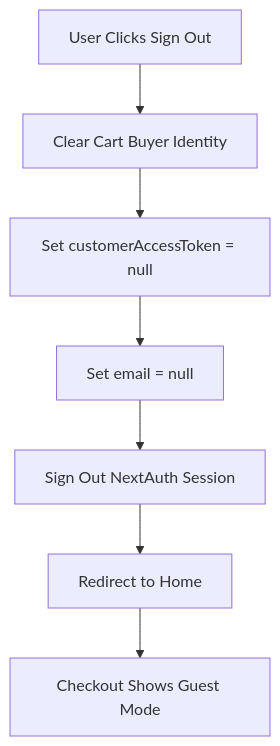
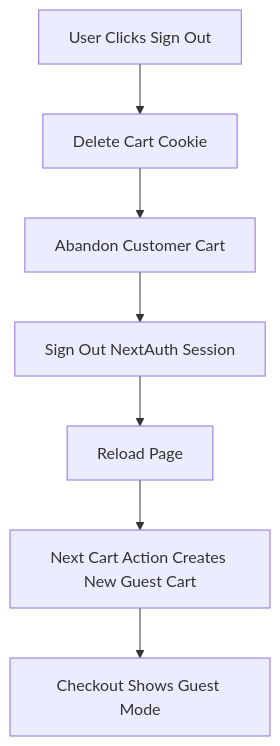
The second of 2 diagrams in ADDRESS_AND_SIGNOUT_FIXES.md (STKYFNGRS/Dude.Box), drawn with Mermaid before and after one commit. The commit also changed other lines of this file and 3 other files, not shown here.

````diff
--- a/ADDRESS_AND_SIGNOUT_FIXES.md
+++ b/ADDRESS_AND_SIGNOUT_FIXES.md
@@ -79,9 +81,9 @@
 ```mermaid
 graph TD
-    A[User Clicks Sign Out] --> B[Clear Cart Buyer Identity]
-    B --> C[Set customerAccessToken = null]
-    C --> D[Set email = null]
-    D --> E[Sign Out NextAuth Session]
-    E --> F[Redirect to Home]
+    A[User Clicks Sign Out] --> B[Delete Cart Cookie]
+    B --> C[Abandon Customer Cart]
+    C --> D[Sign Out NextAuth Session]
+    D --> E[Reload Page]
+    E --> F[Next Cart Action Creates New Guest Cart]
     F --> G[Checkout Shows Guest Mode]
 ```
````
